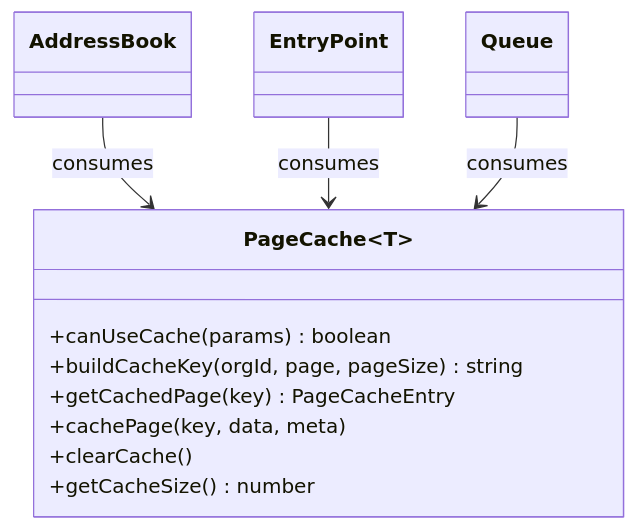
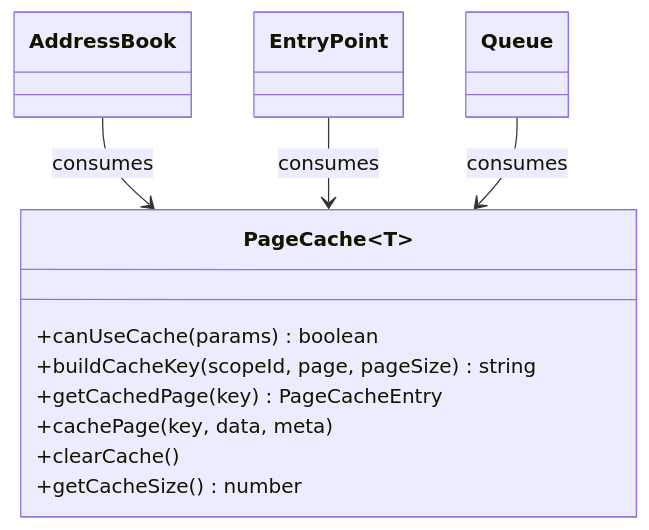
One commit to webex/webex-js-sdk changed the fourth of 6 diagrams in packages/@webex/contact-center/src/utils/ai-docs/utils-spec.md. Above: the diagram before and after it, drawn with Mermaid. The commit also changed other lines of this file and 32 other files, not shown here.

````diff
--- a/packages/@webex/contact-center/src/utils/ai-docs/utils-spec.md
+++ b/packages/@webex/contact-center/src/utils/ai-docs/utils-spec.md
@@ -185,17 +185,17 @@
 ```mermaid
 classDiagram
   class PageCache~T~ {
     +canUseCache(params) boolean
-    +buildCacheKey(orgId, page, pageSize) string
+    +buildCacheKey(scopeId, page, pageSize) string
     +getCachedPage(key) PageCacheEntry
     +cachePage(key, data, meta)
     +clearCache()
     +getCacheSize() number
   }
   class AddressBook
   class EntryPoint
   class Queue
   AddressBook --> PageCache : consumes
   EntryPoint --> PageCache : consumes
   Queue --> PageCache : consumes
 ```
````
